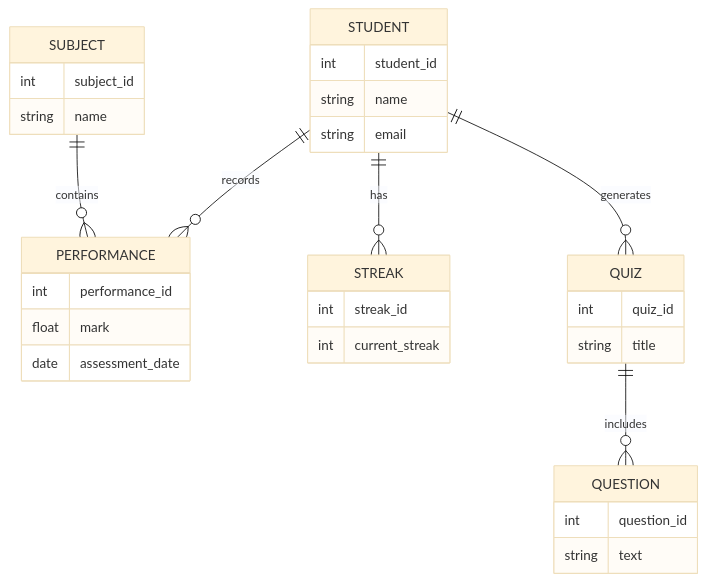
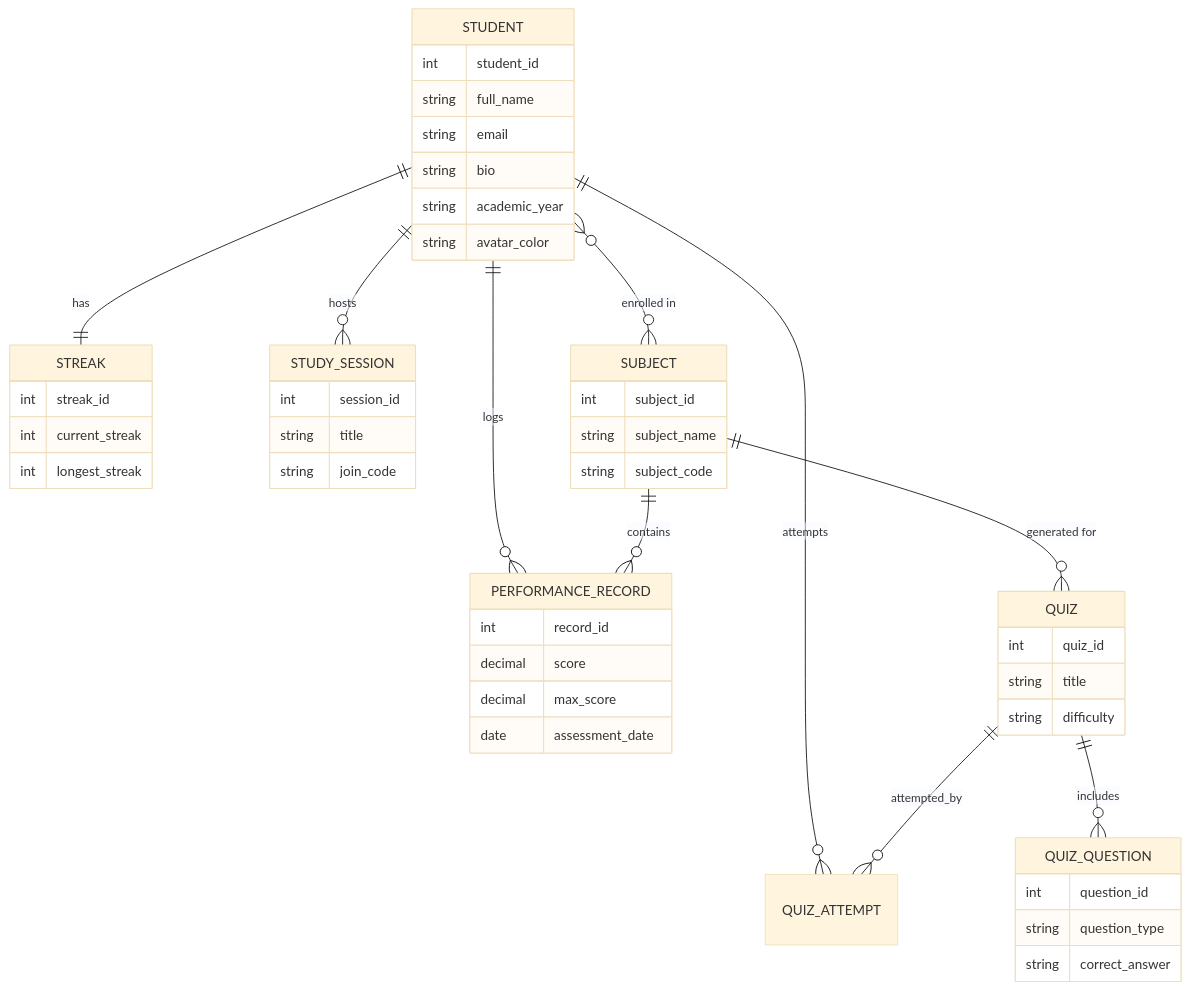
The third of 4 diagrams in README.md (ashleythabang47-cloud/Acadance-), drawn with Mermaid (base theme) before and after one commit. The commit also changed other lines of this file, not shown here.

````diff
--- a/README.md
+++ b/README.md
@@ -222,43 +231,54 @@
 ```mermaid
 erDiagram
+    STUDENT ||--o{ PERFORMANCE_RECORD : logs
+    STUDENT ||--|| STREAK : has
+    STUDENT ||--o{ QUIZ_ATTEMPT : attempts
+    STUDENT ||--o{ STUDY_SESSION : hosts
+    STUDENT }o--o{ SUBJECT : "enrolled in"
 
-    STUDENT ||--o{ PERFORMANCE : records
-    STUDENT ||--o{ STREAK : has
-    STUDENT ||--o{ QUIZ : generates
+    SUBJECT ||--o{ PERFORMANCE_RECORD : contains
+    SUBJECT ||--o{ QUIZ : "generated for"
 
-    SUBJECT ||--o{ PERFORMANCE : contains
-
-    QUIZ ||--o{ QUESTION : includes
+    QUIZ ||--o{ QUIZ_QUESTION : includes
+    QUIZ ||--o{ QUIZ_ATTEMPT : attempted_by
 
     STUDENT {
         int student_id
-        string name
+        string full_name
         string email
+        string bio
+        string academic_year
+        string avatar_color
     }
-
     SUBJECT {
         int subject_id
-        string name
+        string subject_name
+        string subject_code
     }
-
-    PERFORMANCE {
-        int performance_id
-        float mark
+    PERFORMANCE_RECORD {
+        int record_id
+        decimal score
+        decimal max_score
         date assessment_date
     }
-
     STREAK {
         int streak_id
         int current_streak
+        int longest_streak
     }
-
     QUIZ {
         int quiz_id
         string title
+        string difficulty
     }
-
-    QUESTION {
+    QUIZ_QUESTION {
         int question_id
-        string text
+        string question_type
+        string correct_answer
+    }
+    STUDY_SESSION {
+        int session_id
+        string title
+        string join_code
     }
 ```
````
